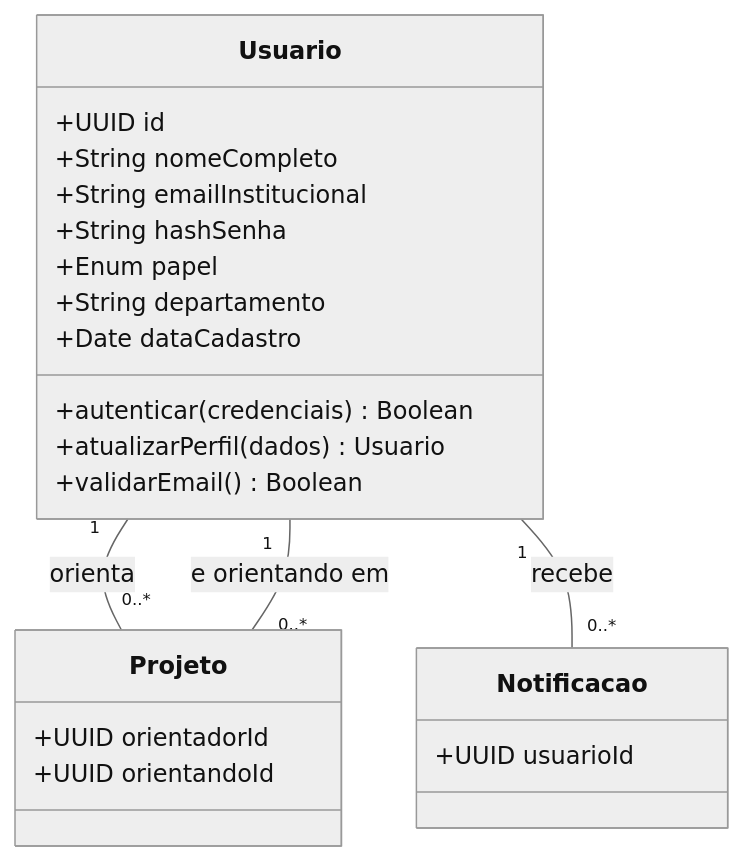
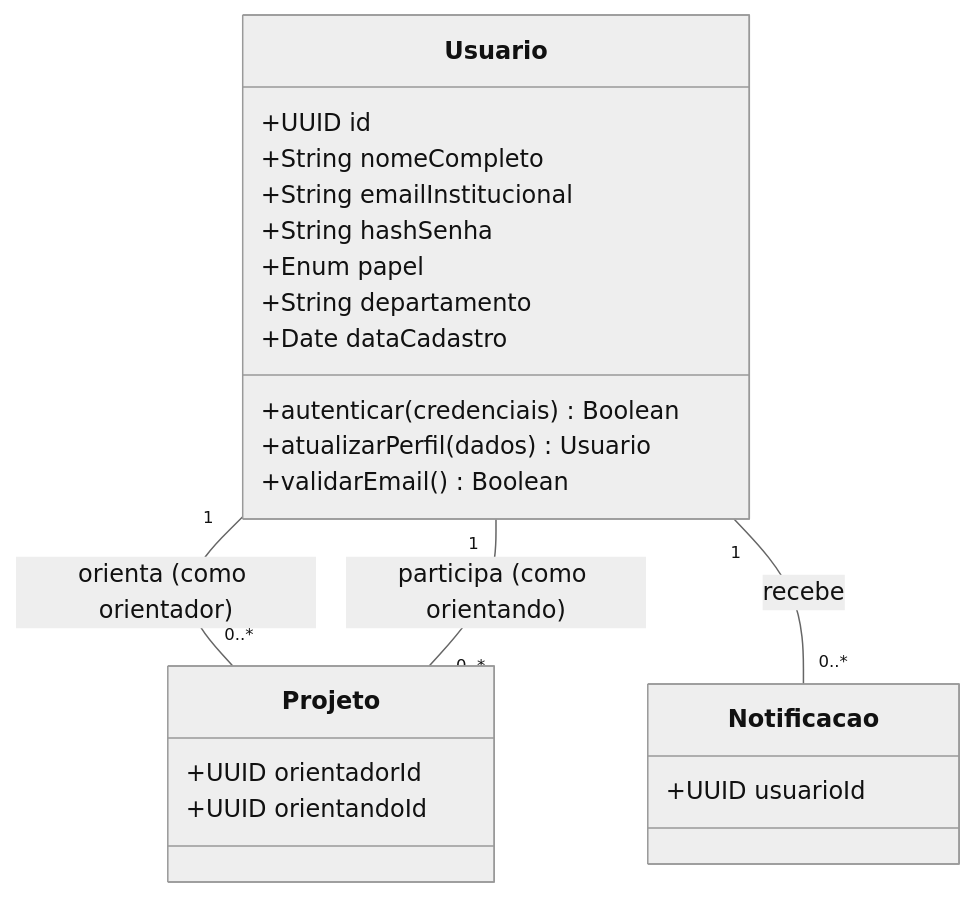
The second of 7 diagrams in projeto-e-arquitetura/6-c4-codigo.md (JEAN1ACCELER/projeto_pratico-eg), drawn with Mermaid (neutral theme) before and after one commit. The commit also changed other lines of this file, not shown here.

````diff
--- a/projeto-e-arquitetura/6-c4-codigo.md
+++ b/projeto-e-arquitetura/6-c4-codigo.md
@@ -112,28 +169,28 @@
 ```mermaid
 classDiagram
     class Usuario {
         +UUID id
         +String nomeCompleto
         +String emailInstitucional
         +String hashSenha
         +Enum papel
         +String departamento
         +Date dataCadastro
         +autenticar(credenciais) Boolean
         +atualizarPerfil(dados) Usuario
         +validarEmail() Boolean
     }
 
     class Projeto {
         +UUID orientadorId
         +UUID orientandoId
     }
 
     class Notificacao {
         +UUID usuarioId
     }
 
-    Usuario "1" -- "0..*" Projeto : orienta
-    Usuario "1" -- "0..*" Projeto : e orientando em
+    Usuario "1" -- "0..*" Projeto : orienta (como orientador)
+    Usuario "1" -- "0..*" Projeto : participa (como orientando)
     Usuario "1" -- "0..*" Notificacao : recebe
 ```
````
